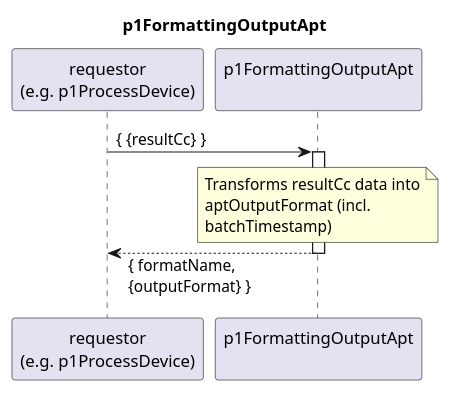
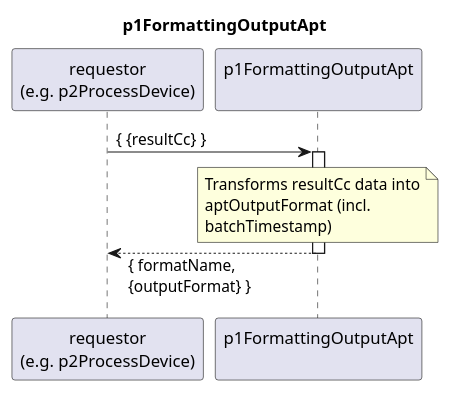
One commit to openBackhaul/DevicePerformanceManagementDataProcessor changed the diagram in spec/Functions/p1StreamPmData/p2ProcessDevice/p1FormattingOutputApt/1.0.0/p1FormattingOutputApt.plantuml. Above: the diagram before and after it, drawn with PlantUML. The commit also changed 38 other files, not shown here.

```diff
--- a/spec/Functions/p1StreamPmData/p2ProcessDevice/p1FormattingOutputApt/1.0.0/p1FormattingOutputApt.plantuml
+++ b/spec/Functions/p1StreamPmData/p2ProcessDevice/p1FormattingOutputApt/1.0.0/p1FormattingOutputApt.plantuml
@@ -1,23 +1,23 @@
 @startuml p1FormattingOutputApt
 skinparam responseMessageBelowArrow true
 
 title
   p1FormattingOutputApt
 end title
 
-participant "requestor\n(e.g. p1ProcessDevice)" as requestor
+participant "requestor\n(e.g. p2ProcessDevice)" as requestor
 participant "p1FormattingOutputApt\n" as cur
 
 requestor -> cur: { {resultCc} }
 activate cur
 
   note over cur
     Transforms resultCc data into
     aptOutputFormat (incl.
     batchTimestamp)
   end note
 
 requestor <-- cur: { formatName,\n{outputFormat} }
 deactivate cur
 
 @enduml
```
